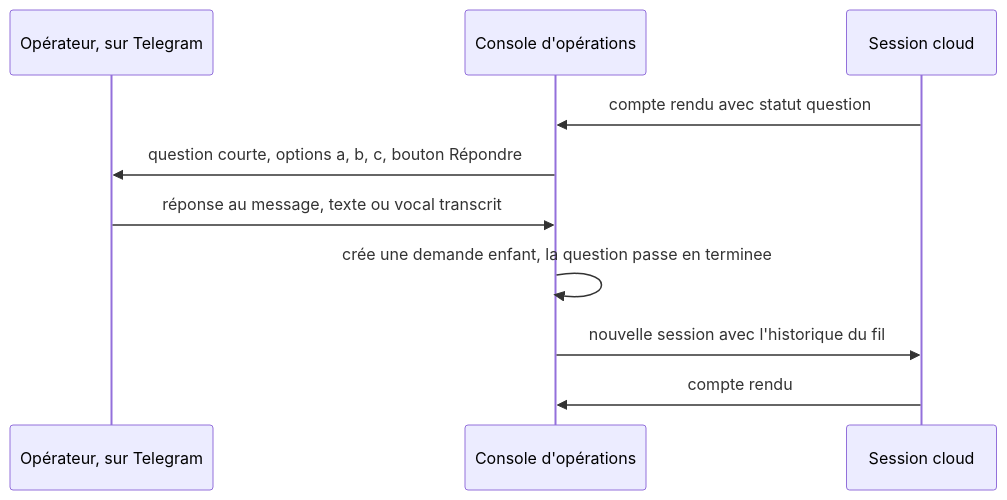
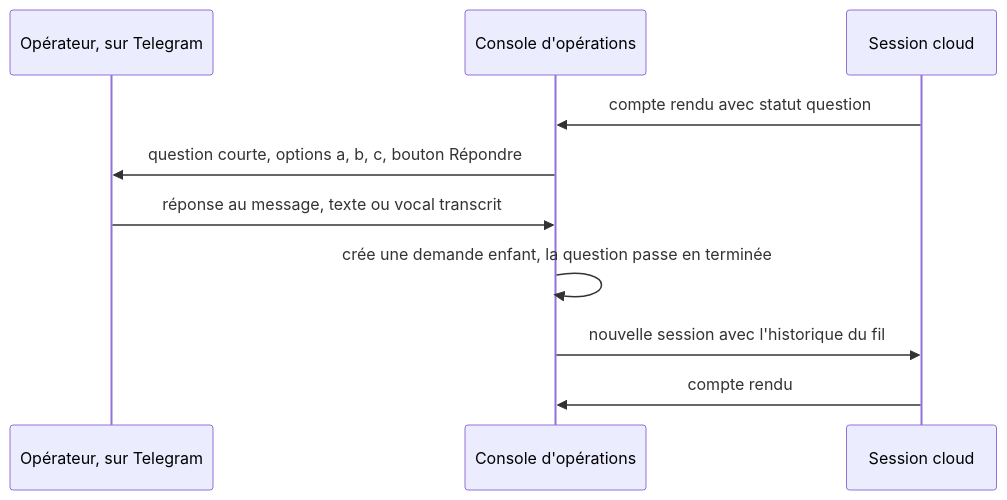
Before and after one commit to mathieurecatala/systeme-agents-ia: the third of 4 diagrams in docs/architecture.md, drawn with Mermaid. The commit also changed other lines of this file and 4 other files, not shown here.

````diff
--- a/docs/architecture.md
+++ b/docs/architecture.md
@@ -93,13 +92,13 @@
 ```mermaid
 sequenceDiagram
     participant M as Opérateur, sur Telegram
     participant S as Console d'opérations
     participant C as Session cloud
 
     C->>S: compte rendu avec statut question
     S->>M: question courte, options a, b, c, bouton Répondre
     M->>S: réponse au message, texte ou vocal transcrit
-    S->>S: crée une demande enfant, la question passe en terminee
+    S->>S: crée une demande enfant, la question passe en terminée
     S->>C: nouvelle session avec l'historique du fil
     C->>S: compte rendu
 ```
````
